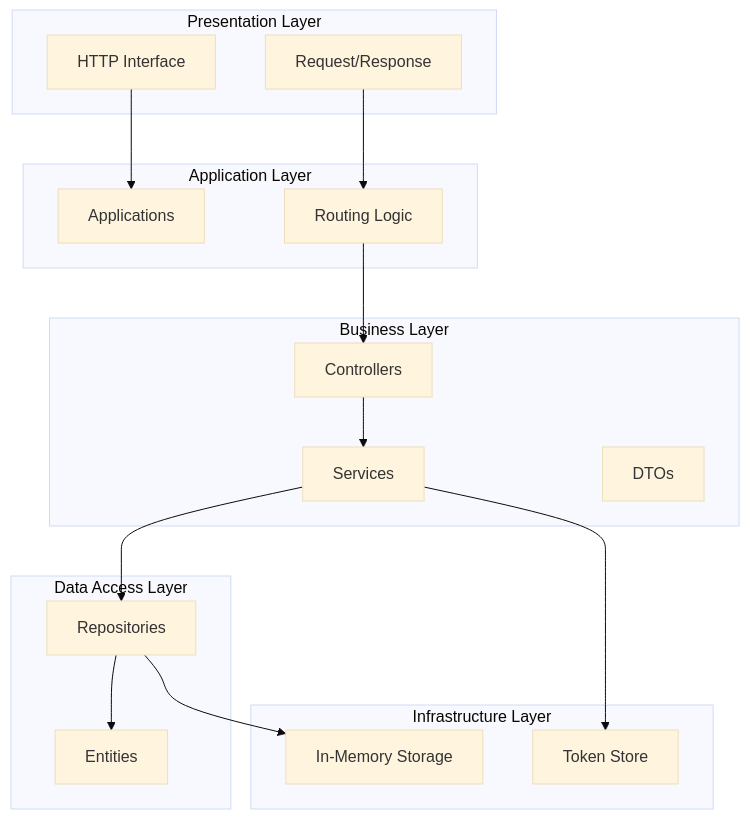
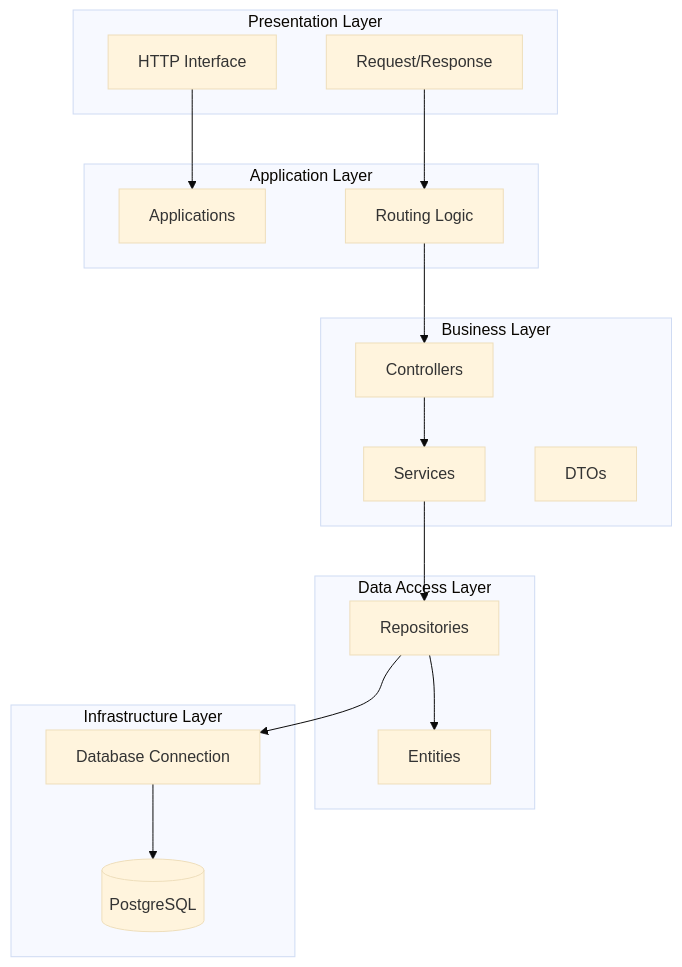
Before and after one commit to Pascal07/SWEN_MRP_Project: the second of 6 diagrams in protocol.md, drawn with Mermaid (base theme). The commit also changed other lines of this file and 1 other file, not shown here.

Commit message:
Update documentation to reflect database integration and system architecture improvements

````diff
--- a/protocol.md
+++ b/protocol.md
@@ -89,37 +124,37 @@
 ```mermaid
 graph TD
     subgraph "Presentation Layer"
         HTTP[HTTP Interface]
         REQ[Request/Response]
     end
     
     subgraph "Application Layer"
         APP[Applications]
         ROUTE[Routing Logic]
     end
     
     subgraph "Business Layer"
         CTRL[Controllers]
         SVC[Services]
         DTO[DTOs]
     end
     
     subgraph "Data Access Layer"
         REPO[Repositories]
         ENT[Entities]
     end
     
     subgraph "Infrastructure Layer"
-        STORE[Token Store]
-        MEM[In-Memory Storage]
+        DBC[Database Connection]
+        PG[(PostgreSQL)]
     end
     
     HTTP --> APP
     REQ --> ROUTE
     ROUTE --> CTRL
     CTRL --> SVC
     SVC --> REPO
     REPO --> ENT
-    SVC --> STORE
-    REPO --> MEM
+    REPO --> DBC
+    DBC --> PG
 ```
````
